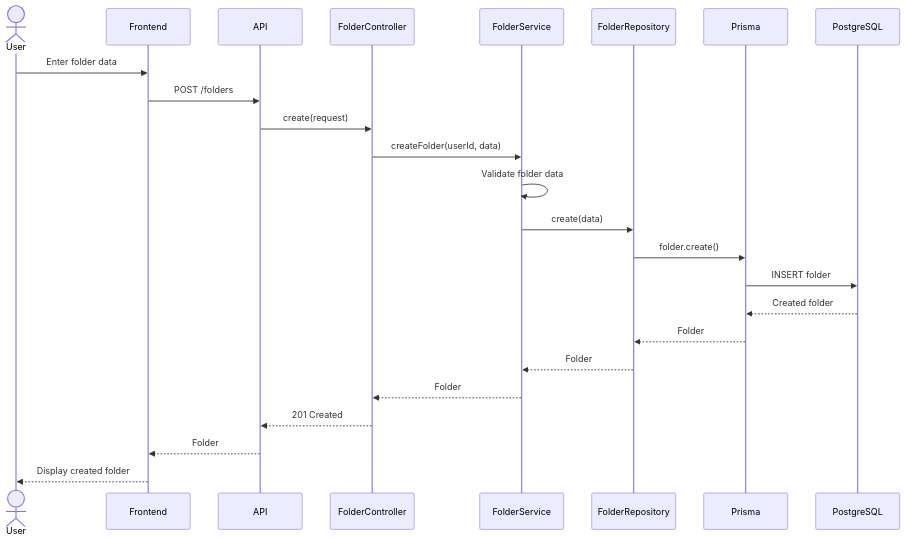
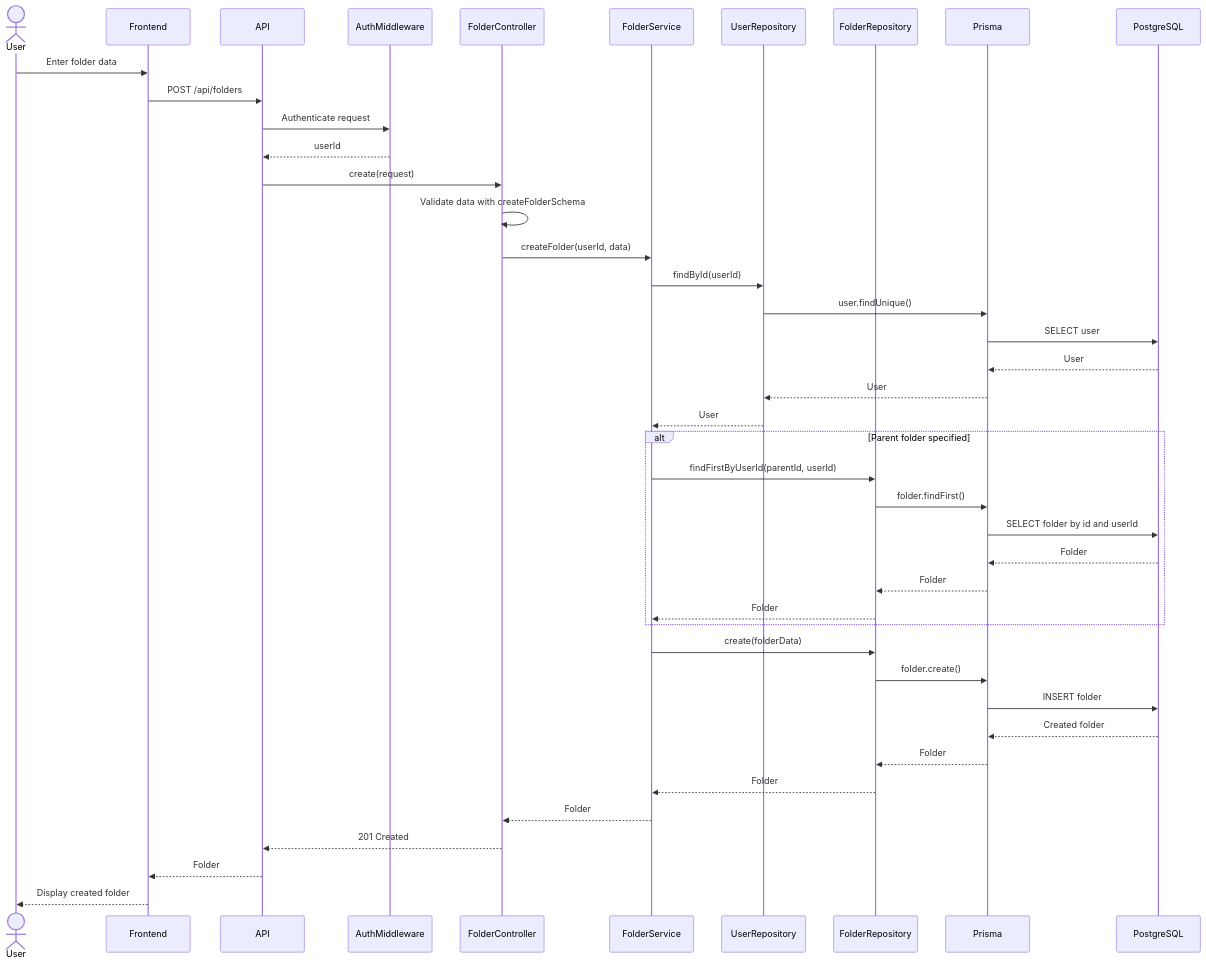
Before and after one commit to davihenriquedev1/prodixus: the diagram in docs/diagrams/sequence-diagrams/folder/create.md, drawn with Mermaid. The commit also changed other lines of this file and 65 other files, not shown here.

````diff
--- a/docs/diagrams/sequence-diagrams/folder/create.md
+++ b/docs/diagrams/sequence-diagrams/folder/create.md
@@ -3,49 +3,48 @@
 ```mermaid
 sequenceDiagram
-
     actor User
-
     participant Frontend
-
     participant API
-
+    participant AuthMiddleware
     participant FolderController
-
     participant FolderService
-
+    participant UserRepository
     participant FolderRepository
-
     participant Prisma
-
     participant PostgreSQL
 
     User->>Frontend: Enter folder data
-
-    Frontend->>API: POST /folders
-
+    Frontend->>API: POST /api/folders
+    API->>AuthMiddleware: Authenticate request
+    AuthMiddleware-->>API: userId
     API->>FolderController: create(request)
-
+    FolderController->>FolderController: Validate data with createFolderSchema
     FolderController->>FolderService: createFolder(userId, data)
 
-    FolderService->>FolderService: Validate folder data
+    FolderService->>UserRepository: findById(userId)
+    UserRepository->>Prisma: user.findUnique()
+    Prisma->>PostgreSQL: SELECT user
+    PostgreSQL-->>Prisma: User
+    Prisma-->>UserRepository: User
+    UserRepository-->>FolderService: User
 
-    FolderService->>FolderRepository: create(data)
+    alt Parent folder specified
+        FolderService->>FolderRepository: findFirstByUserId(parentId, userId)
+        FolderRepository->>Prisma: folder.findFirst()
+        Prisma->>PostgreSQL: SELECT folder by id and userId
+        PostgreSQL-->>Prisma: Folder
+        Prisma-->>FolderRepository: Folder
+        FolderRepository-->>FolderService: Folder
+    end
 
+    FolderService->>FolderRepository: create(folderData)
     FolderRepository->>Prisma: folder.create()
-
     Prisma->>PostgreSQL: INSERT folder
-
     PostgreSQL-->>Prisma: Created folder
-
     Prisma-->>FolderRepository: Folder
-
     FolderRepository-->>FolderService: Folder
-
     FolderService-->>FolderController: Folder
-
     FolderController-->>API: 201 Created
-
     API-->>Frontend: Folder
-
     Frontend-->>User: Display created folder
 ```
````
